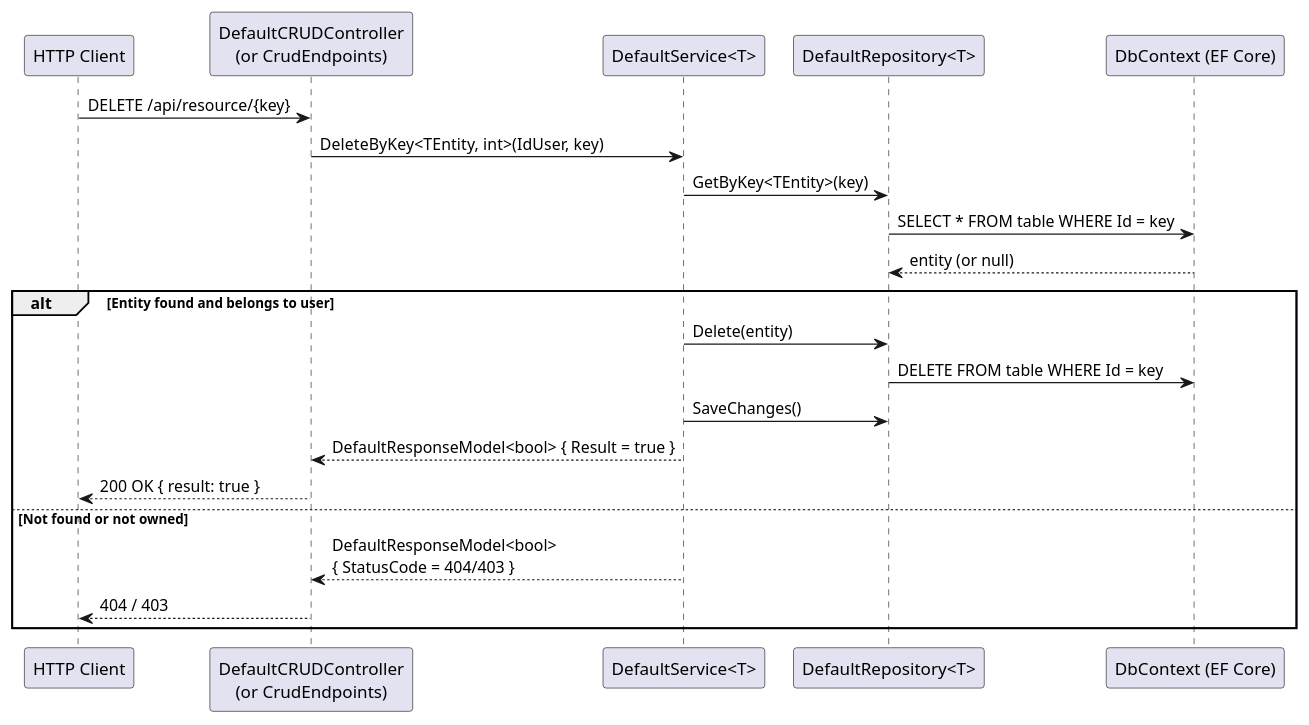
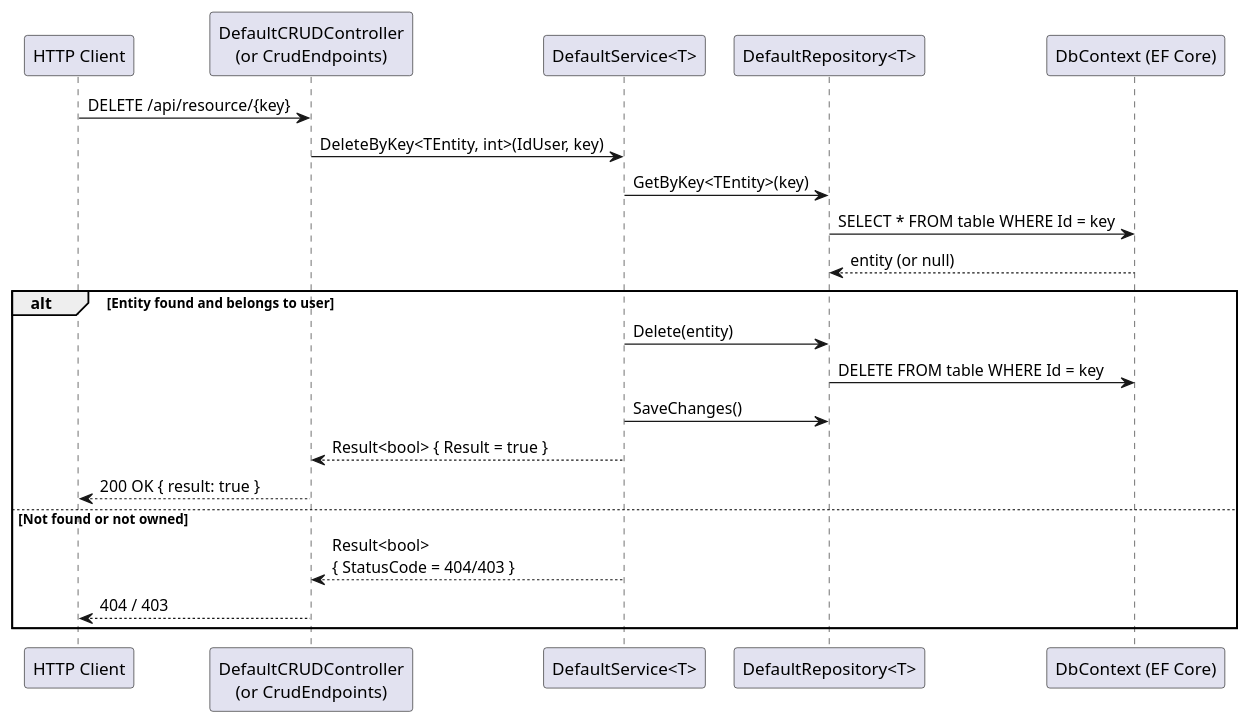
One commit to josembergff/jff-csharp-tools changed the sixth of 8 diagrams in docs/flows/main-flows.md. Above: the diagram before and after it, drawn with PlantUML. The commit also changed other lines of this file and 18 other files, not shown here.

First line of the commit message:
Refactor response handling in services to use Result<T> instead of DefaultResponseModel<T>

````diff
--- a/docs/flows/main-flows.md
+++ b/docs/flows/main-flows.md
@@ -161,25 +161,25 @@
 ```plantuml
 @startuml Delete Entity Flow
 participant "HTTP Client" as Client
 participant "DefaultCRUDController\n(or CrudEndpoints)" as Controller
 participant "DefaultService<T>" as Service
 participant "DefaultRepository<T>" as Repository
 participant "DbContext (EF Core)" as DB
 
 Client -> Controller: DELETE /api/resource/{key}
 Controller -> Service: DeleteByKey<TEntity, int>(IdUser, key)
 Service -> Repository: GetByKey<TEntity>(key)
 Repository -> DB: SELECT * FROM table WHERE Id = key
 DB --> Repository: entity (or null)
 alt Entity found and belongs to user
     Service -> Repository: Delete(entity)
     Repository -> DB: DELETE FROM table WHERE Id = key
     Service -> Repository: SaveChanges()
-    Service --> Controller: DefaultResponseModel<bool> { Result = true }
+    Service --> Controller: Result<bool> { Result = true }
     Controller --> Client: 200 OK { result: true }
 else Not found or not owned
-    Service --> Controller: DefaultResponseModel<bool>\n{ StatusCode = 404/403 }
+    Service --> Controller: Result<bool>\n{ StatusCode = 404/403 }
     Controller --> Client: 404 / 403
 end
 @enduml
 ```
````
